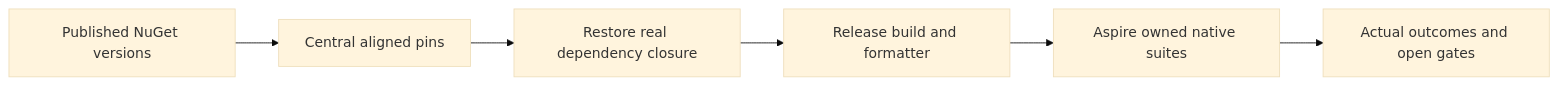
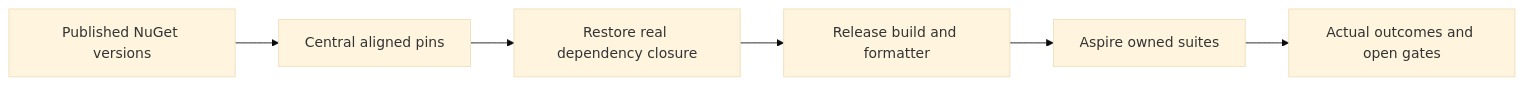
One commit to managedcode/KeyLoad changed the diagram in docs/ADR/ADR-105-published-nuget-upgrade.md. Above: the diagram before and after it, drawn with Mermaid (base theme). The commit also changed other lines of this file and 9016 other files, not shown here.

````diff
--- a/docs/ADR/ADR-105-published-nuget-upgrade.md
+++ b/docs/ADR/ADR-105-published-nuget-upgrade.md
@@ -43,8 +43,8 @@
 ```mermaid
 flowchart LR
     Feed[Published NuGet versions] --> Pins[Central aligned pins]
     Pins --> Restore[Restore real dependency closure]
     Restore --> Build[Release build and formatter]
-    Build --> Tests[Aspire owned native suites]
+    Build --> Tests[Aspire owned suites]
     Tests --> Receipt[Actual outcomes and open gates]
 ```
````
